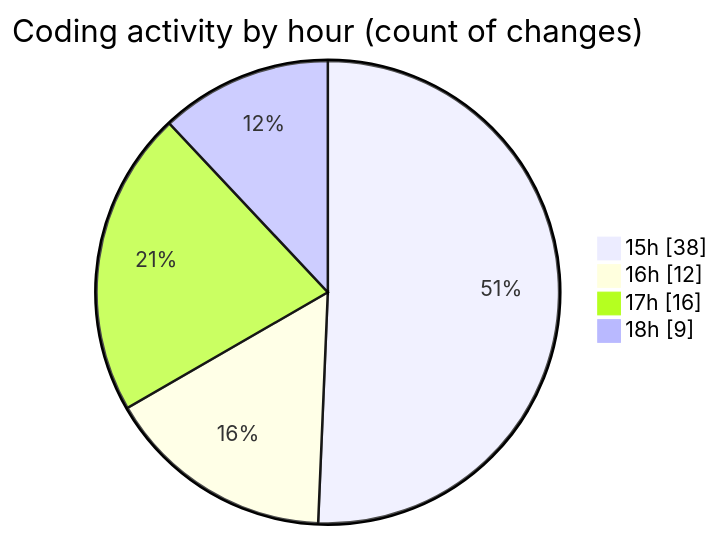
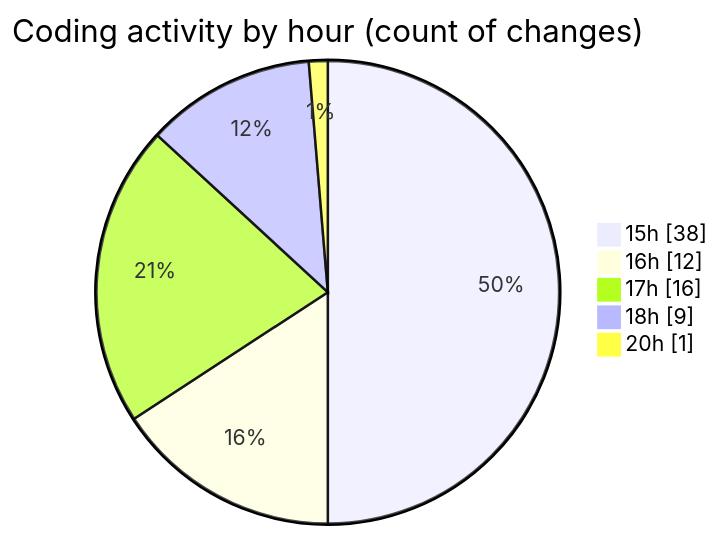
The second of 2 diagrams in 2025-09-08/cashcalculator/README.md (nxtqubesakshisongat/code-tracking), drawn with Mermaid before and after one commit. The commit also changed other lines of this file and 1 other file, not shown here.

````diff
--- a/2025-09-08/cashcalculator/README.md
+++ b/2025-09-08/cashcalculator/README.md
@@ -28,8 +28,9 @@
 ```mermaid
 pie showData
 title Coding activity by hour (count of changes)
 "15h" : 38
 "16h" : 12
 "17h" : 16
 "18h" : 9
+"20h" : 1
 ```
````
